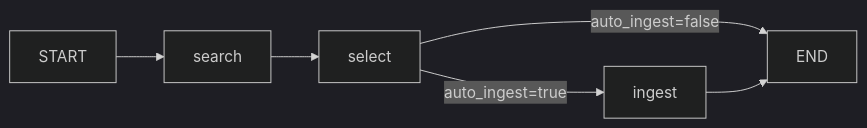
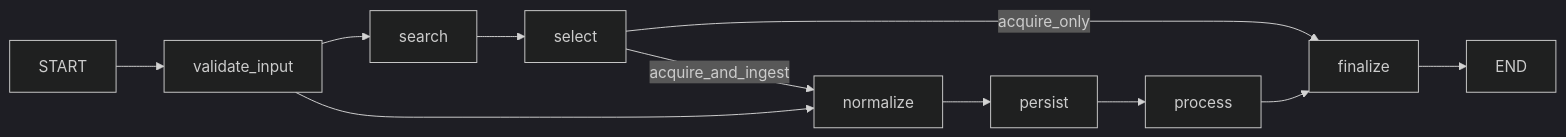
One commit to fraven01/NOESIS-2 changed the second of 2 diagrams in docs/agents/overview.md. Above: the diagram before and after it, drawn with Mermaid (dark theme). The commit also changed other lines of this file and 55 other files, not shown here.

Commit message:
feat: Introduce crawler runner service, universal ingestion graphs, and comprehensive testing, alongside new documentation and management commands.

````diff
--- a/docs/agents/overview.md
+++ b/docs/agents/overview.md
@@ -41,8 +41,13 @@
 ```mermaid
 flowchart LR
-    START --> search
+    START --> validate_input
+    validate_input --> search
     search --> select
-    select --> |auto_ingest=true| ingest
-    select --> |auto_ingest=false| END
-    ingest --> END
+    validate_input --> normalize
+    select --> |acquire_only| finalize
+    select --> |acquire_and_ingest| normalize
+    normalize --> persist
+    persist --> process
+    process --> finalize
+    finalize --> END
 ```
````
